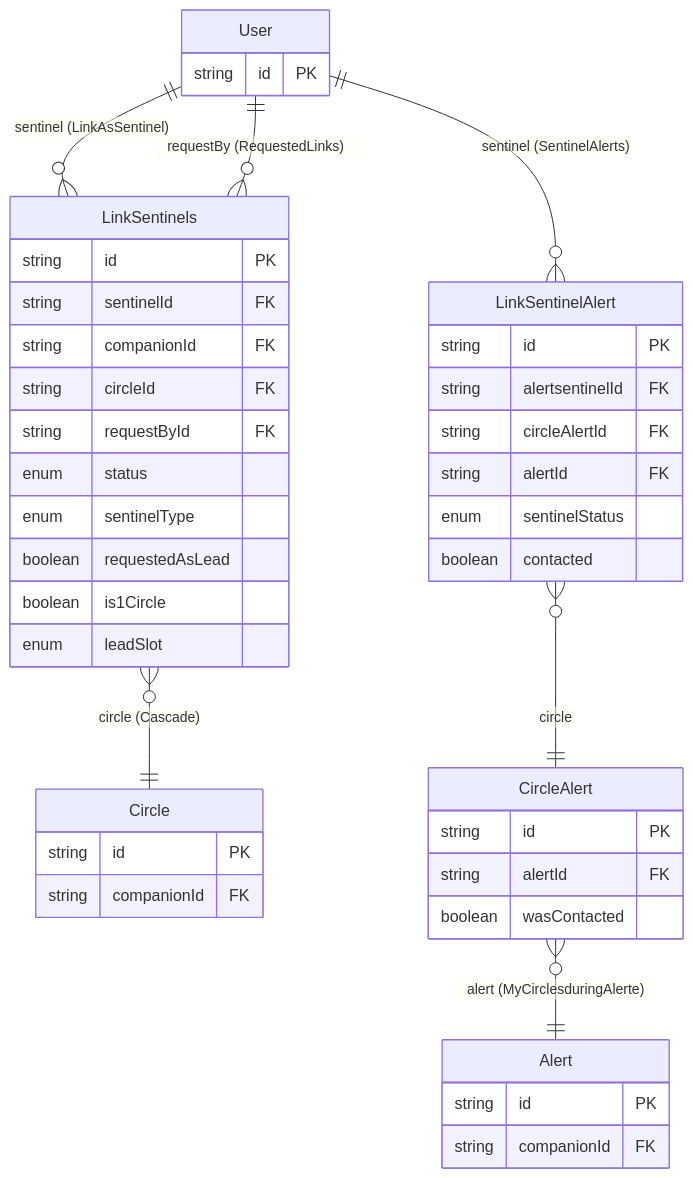
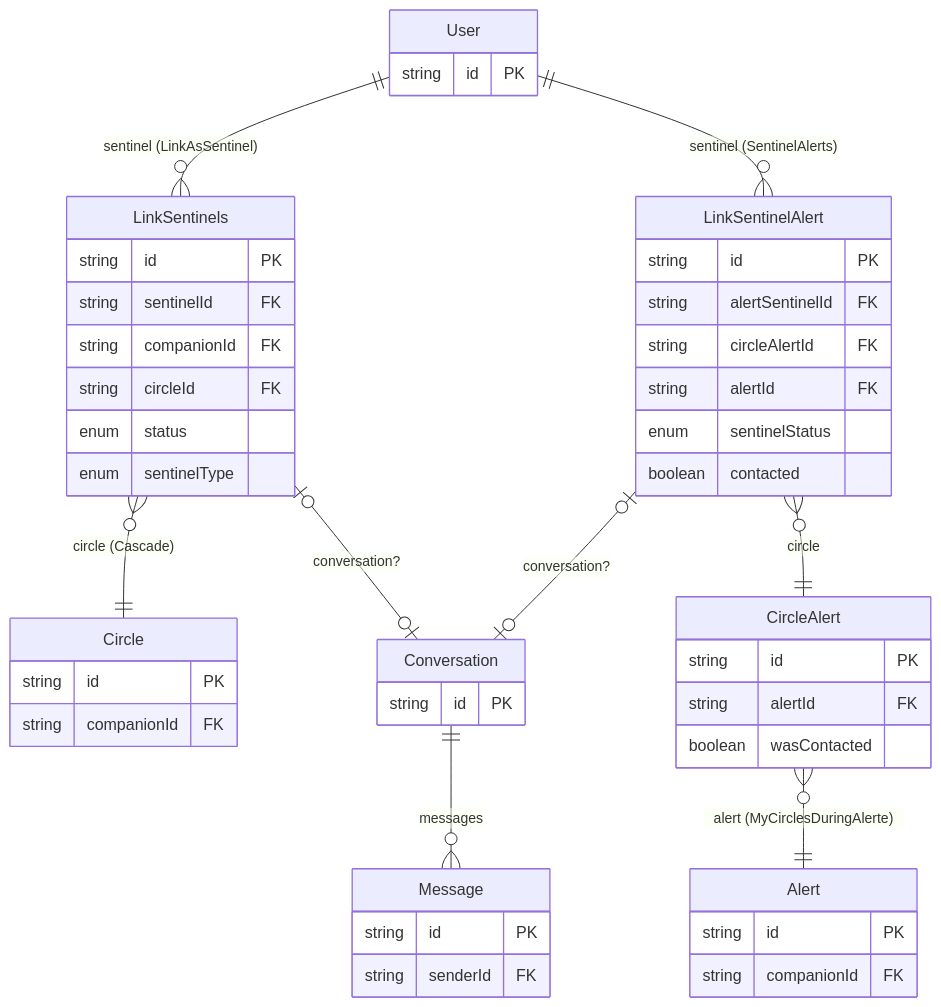
One commit to Sylvfo/MySentinelCircle changed the second of 5 diagrams in backend/prisma/DB_schéma.md. Above: the diagram before and after it, drawn with Mermaid. The commit also changed other lines of this file and 2 other files, not shown here.

Commit message:
schema DB updated

````diff
--- a/backend/prisma/DB_schéma.md
+++ b/backend/prisma/DB_schéma.md
@@ -102,46 +116,51 @@
 ```mermaid
 erDiagram
   User               ||--o{ LinkSentinels     : "sentinel (LinkAsSentinel)"
-  User               ||--o{ LinkSentinels     : "requestBy (RequestedLinks)"
   LinkSentinels      }o--||  Circle           : "circle (Cascade)"
+  LinkSentinels      |o--o| Conversation      : "conversation?"
   User               ||--o{ LinkSentinelAlert : "sentinel (SentinelAlerts)"
   LinkSentinelAlert  }o--||  CircleAlert      : "circle"
-  CircleAlert        }o--||  Alert            : "alert (MyCirclesduringAlerte)"
+  LinkSentinelAlert  |o--o| Conversation      : "conversation?"
+  CircleAlert        }o--||  Alert            : "alert (MyCirclesDuringAlerte)"
+  Conversation       ||--o{ Message           : "messages"
 
   User {
     string id PK
   }
   LinkSentinels {
     string id PK
     string sentinelId FK
     string companionId FK
     string circleId FK
-    string requestById FK
     enum   status
     enum   sentinelType
-    boolean requestedAsLead
-    boolean is1Circle
-    enum   leadSlot
   }
   Circle {
     string id PK
     string companionId FK
   }
   LinkSentinelAlert {
     string id PK
-    string alertsentinelId FK
+    string alertSentinelId FK
     string circleAlertId FK
     string alertId FK
     enum   sentinelStatus
     boolean contacted
   }
   CircleAlert {
     string id PK
     string alertId FK
     boolean wasContacted
   }
   Alert {
     string id PK
     string companionId FK
   }
+  Conversation {
+    string id PK
+  }
+  Message {
+    string id PK
+    string senderId FK
+  }
 ```
````
